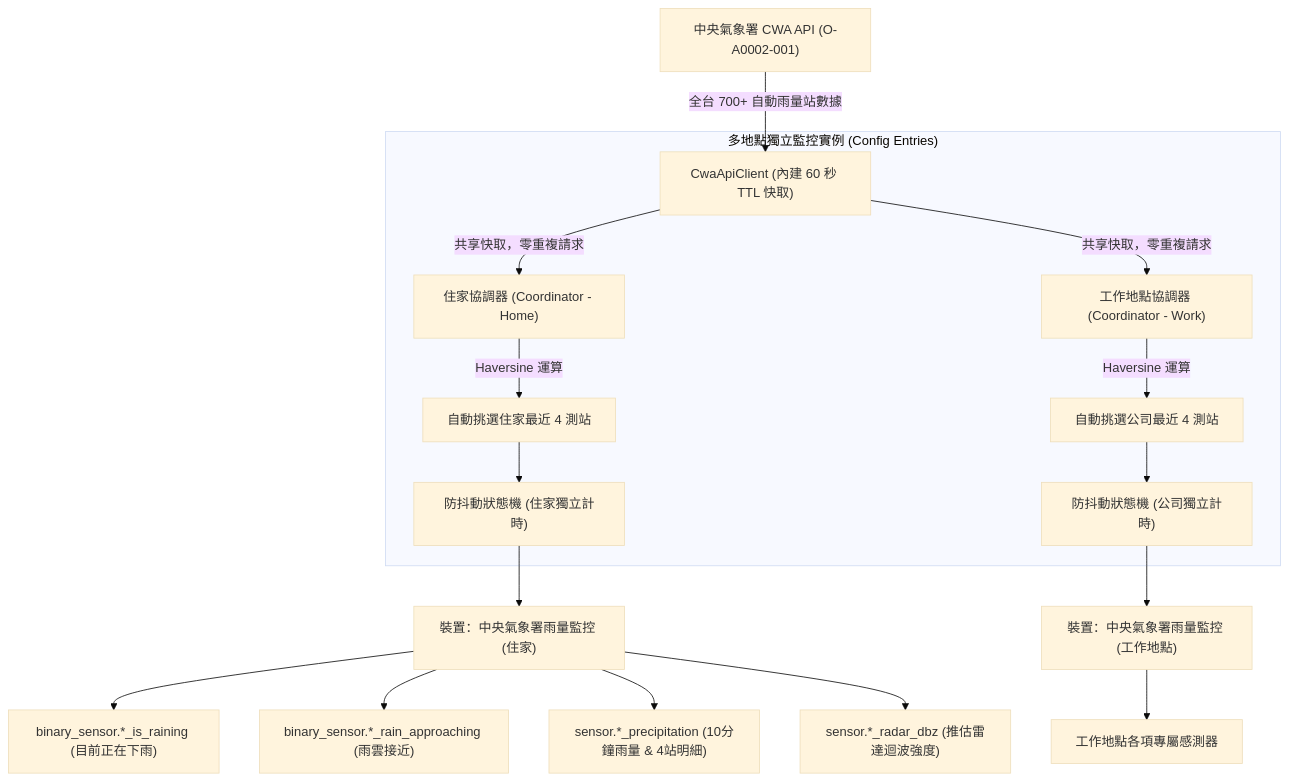
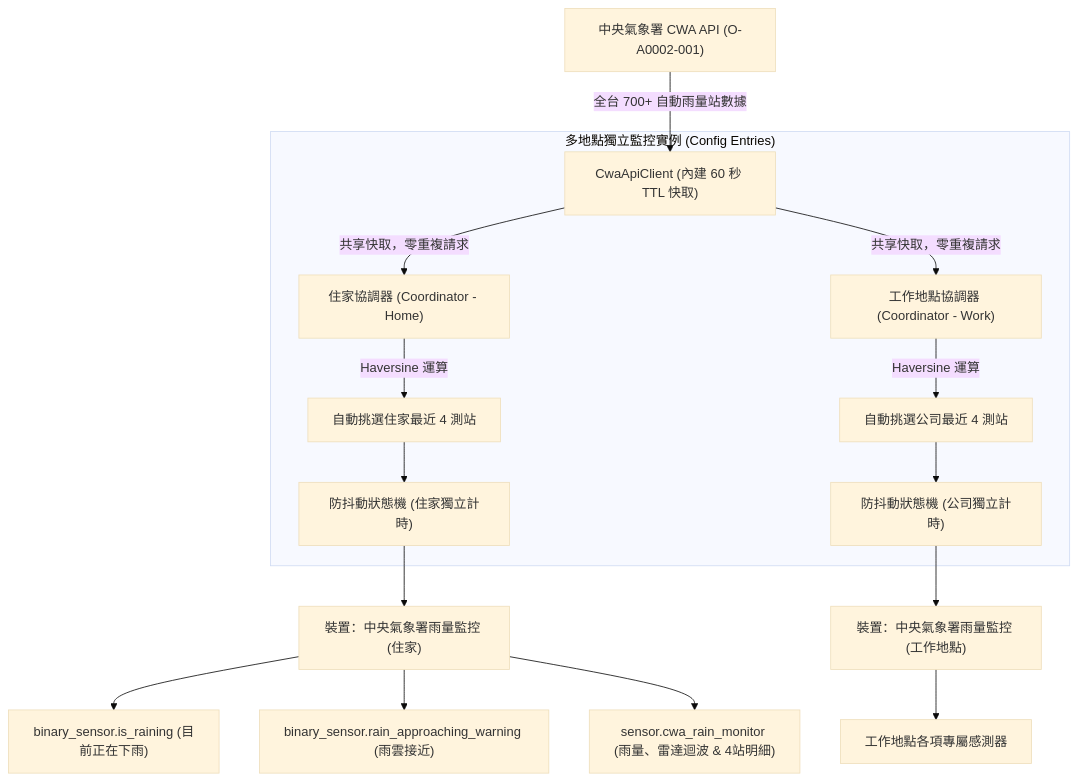
Before and after one commit to v1277chen/Rain: the diagram in README.md, drawn with Mermaid (base theme). The commit also changed other lines of this file and 12 other files, not shown here.

Commit message:
feat: add CWA brand icons, static route, and comprehensive automations guide with Node-RED flow (v1.0.3)

````diff
--- a/README.md
+++ b/README.md
@@ -28,24 +29,23 @@
 ```mermaid
 flowchart TD
     A["中央氣象署 CWA API (O-A0002-001)"] -->|全台 700+ 自動雨量站數據| B["CwaApiClient (內建 60 秒 TTL 快取)"]
     
     subgraph sub1["多地點獨立監控實例 (Config Entries)"]
         B -->|共享快取，零重複請求| C1["住家協調器 (Coordinator - Home)"]
         B -->|共享快取，零重複請求| C2["工作地點協調器 (Coordinator - Work)"]
         
         C1 -->|Haversine 運算| D1["自動挑選住家最近 4 測站"]
         C2 -->|Haversine 運算| D2["自動挑選公司最近 4 測站"]
         
         D1 --> E1["防抖動狀態機 (住家獨立計時)"]
         D2 --> E2["防抖動狀態機 (公司獨立計時)"]
     end
     
     E1 --> F1["裝置：中央氣象署雨量監控 (住家)"]
-    F1 --> G1["binary_sensor.*_is_raining (目前正在下雨)"]
-    F1 --> G2["binary_sensor.*_rain_approaching (雨雲接近)"]
-    F1 --> G3["sensor.*_precipitation (10分鐘雨量 & 4站明細)"]
-    F1 --> G4["sensor.*_radar_dbz (推估雷達迴波強度)"]
+    F1 --> G1["binary_sensor.is_raining (目前正在下雨)"]
+    F1 --> G2["binary_sensor.rain_approaching_warning (雨雲接近)"]
+    F1 --> G3["sensor.cwa_rain_monitor (雨量、雷達迴波 & 4站明細)"]
     
     E2 --> F2["裝置：中央氣象署雨量監控 (工作地點)"]
     F2 --> H1["工作地點各項專屬感測器"]
 ```
````
